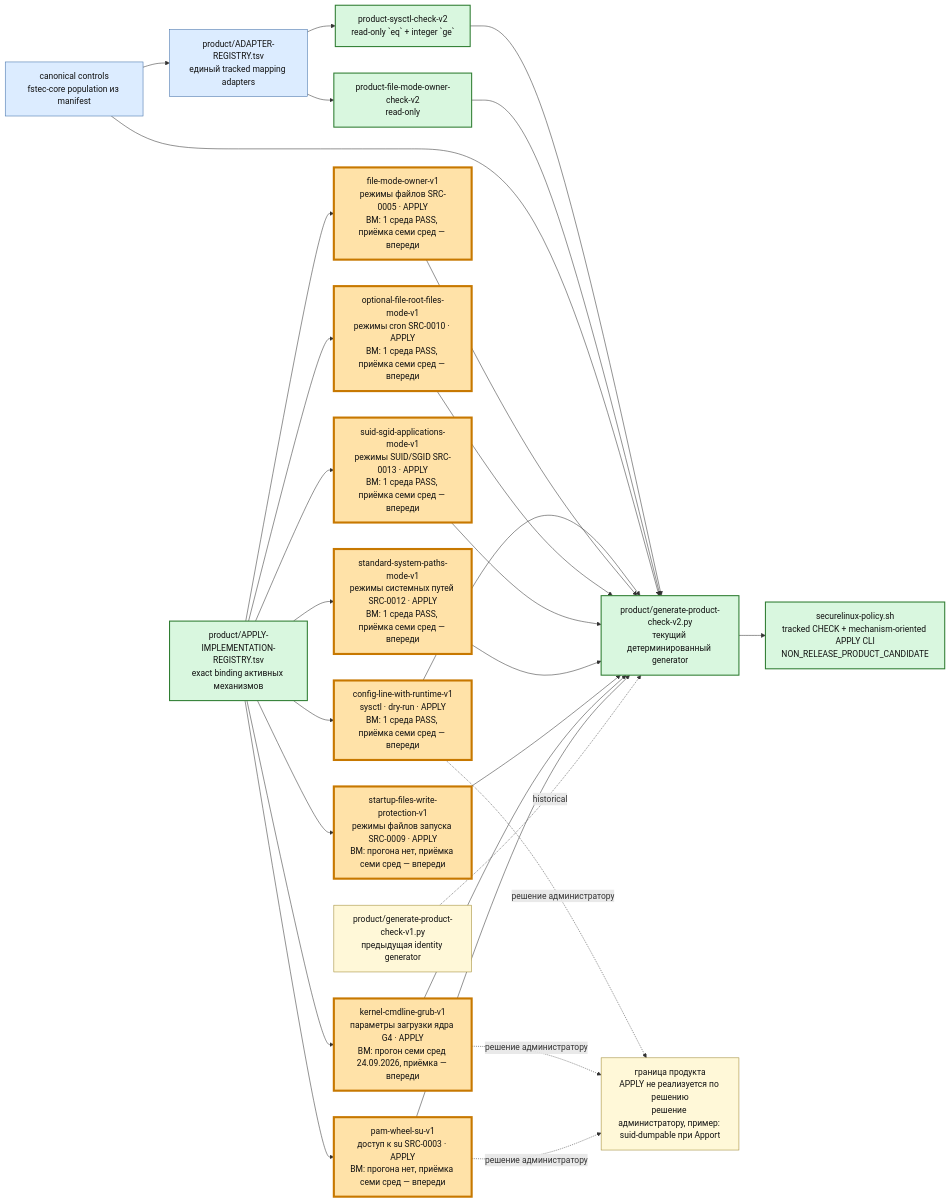
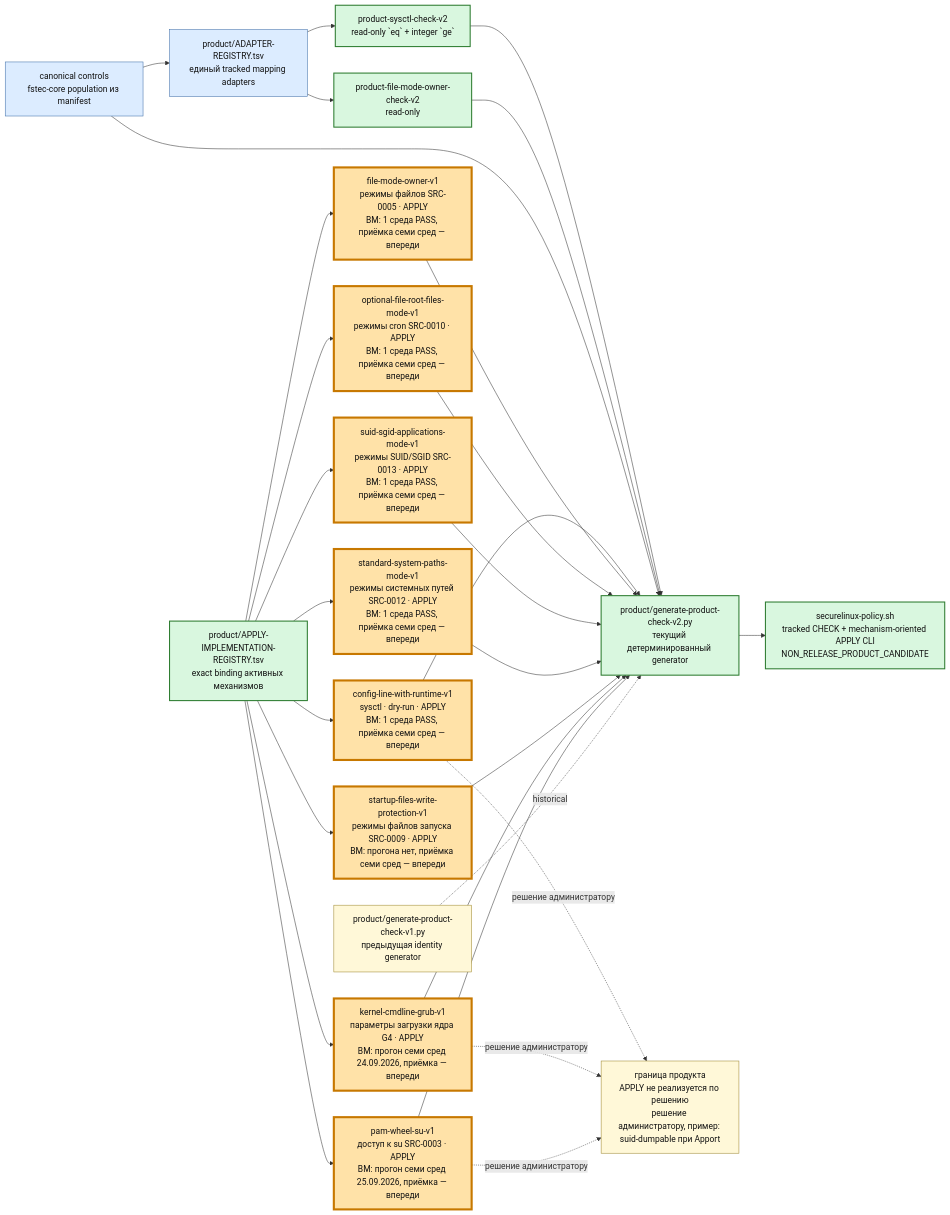
One commit to rasav65/SecureLinux-Policy changed the third of 6 diagrams in docs/PROJECT-MAP.md. Above: the diagram before and after it, drawn with Mermaid. The commit also changed other lines of this file and 10 other files, not shown here.

First line of the commit message:
docs: ВМ-прогон pam-wheel-su-v1 25.09.2026 на 7 средах

````diff
--- a/docs/PROJECT-MAP.md
+++ b/docs/PROJECT-MAP.md
@@ -206,44 +206,44 @@
 ```mermaid
 flowchart LR
     CTRLNOW["canonical controls<br/>fstec-core population из manifest"]:::component
     REG["product/ADAPTER-REGISTRY.tsv<br/>единый tracked mapping adapters"]:::component
     SYS["product-sysctl-check-v2<br/>read-only `eq` + integer `ge`"]:::closed
     FILE["product-file-mode-owner-check-v2<br/>read-only"]:::closed
     GEN1["product/generate-product-check-v1.py<br/>предыдущая identity generator"]:::note
     GEN2["product/generate-product-check-v2.py<br/>текущий детерминированный generator"]:::closed
     IMPLREG["product/APPLY-IMPLEMENTATION-REGISTRY.tsv<br/>exact binding активных механизмов"]:::closed
     APPLY1["config-line-with-runtime-v1<br/>sysctl · dry-run · APPLY<br/>ВМ: 1 среда PASS, приёмка семи сред — впереди"]:::current
     APPLY2["file-mode-owner-v1<br/>режимы файлов SRC-0005 · APPLY<br/>ВМ: 1 среда PASS, приёмка семи сред — впереди"]:::current
     APPLY3["optional-file-root-files-mode-v1<br/>режимы cron SRC-0010 · APPLY<br/>ВМ: 1 среда PASS, приёмка семи сред — впереди"]:::current
     APPLY4["suid-sgid-applications-mode-v1<br/>режимы SUID/SGID SRC-0013 · APPLY<br/>ВМ: 1 среда PASS, приёмка семи сред — впереди"]:::current
     APPLY5["standard-system-paths-mode-v1<br/>режимы системных путей SRC-0012 · APPLY<br/>ВМ: 1 среда PASS, приёмка семи сред — впереди"]:::current
     APPLY6["startup-files-write-protection-v1<br/>режимы файлов запуска SRC-0009 · APPLY<br/>ВМ: прогона нет, приёмка семи сред — впереди"]:::current
     APPLY7["kernel-cmdline-grub-v1<br/>параметры загрузки ядра G4 · APPLY<br/>ВМ: прогон семи сред 24.09.2026, приёмка — впереди"]:::current
-    APPLY8["pam-wheel-su-v1<br/>доступ к su SRC-0003 · APPLY<br/>ВМ: прогона нет, приёмка семи сред — впереди"]:::current
+    APPLY8["pam-wheel-su-v1<br/>доступ к su SRC-0003 · APPLY<br/>ВМ: прогон семи сред 25.09.2026, приёмка — впереди"]:::current
     CLI["securelinux-policy.sh<br/>tracked CHECK + mechanism-oriented APPLY CLI<br/>NON_RELEASE_PRODUCT_CANDIDATE"]:::closed
     ADMIN["граница продукта<br/>APPLY не реализуется по решению<br/>решение администратору, пример: suid-dumpable при Apport"]:::note
 
     CTRLNOW --> REG
     REG --> SYS
     REG --> FILE
     SYS --> GEN2
     FILE --> GEN2
     CTRLNOW --> GEN2 --> CLI
     IMPLREG --> APPLY1 --> GEN2
     IMPLREG --> APPLY2 --> GEN2
     IMPLREG --> APPLY3 --> GEN2
     IMPLREG --> APPLY4 --> GEN2
     IMPLREG --> APPLY5 --> GEN2
     IMPLREG --> APPLY6 --> GEN2
     IMPLREG --> APPLY7 --> GEN2
     IMPLREG --> APPLY8 --> GEN2
     APPLY1 -. решение администратору .-> ADMIN
     APPLY7 -. решение администратору .-> ADMIN
     APPLY8 -. решение администратору .-> ADMIN
     GEN1 -. historical .-> GEN2
 
     classDef closed fill:#d9f7df,stroke:#2f7d32,color:#111,stroke-width:2px;
     classDef component fill:#dcecff,stroke:#3e6ea8,color:#111;
     classDef current fill:#ffe2a8,stroke:#c77800,color:#111,stroke-width:4px;
     classDef note fill:#fff8d8,stroke:#9d8730,color:#111;
 ```
````
